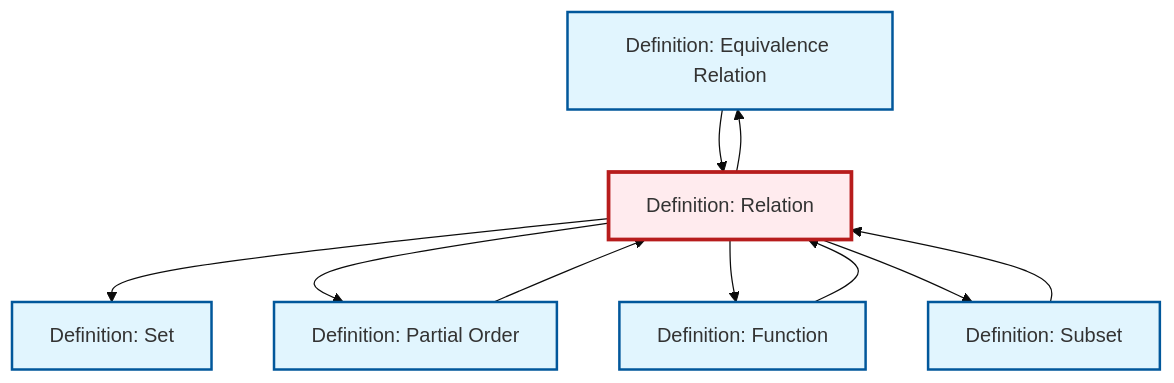
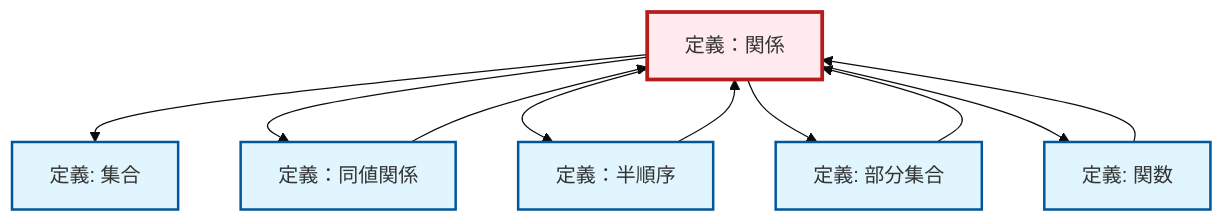
The diagram in content/ja/logic-set-theory/def-relation.qmd (RK0429/ModernMath), drawn with Mermaid (base theme) before and after one commit. The commit also changed 1069 other files, not shown here.

````diff
--- a/content/ja/logic-set-theory/def-relation.qmd
+++ b/content/ja/logic-set-theory/def-relation.qmd
@@ -91,30 +91,30 @@
 ```{mermaid}
 %%| fig-cap: "Local dependency graph"
 graph TD
     classDef definition fill:#e1f5fe,stroke:#01579b,stroke-width:2px
     classDef theorem fill:#f3e5f5,stroke:#4a148c,stroke-width:2px
     classDef axiom fill:#fff3e0,stroke:#e65100,stroke-width:2px
     classDef example fill:#e8f5e9,stroke:#1b5e20,stroke-width:2px
     classDef current fill:#ffebee,stroke:#b71c1c,stroke-width:3px
-    def-set["Definition: Set"]:::definition
-    def-equivalence-relation["Definition: Equivalence Relation"]:::definition
-    def-subset["Definition: Subset"]:::definition
-    def-relation["Definition: Relation"]:::definition
-    def-function["Definition: Function"]:::definition
-    def-partial-order["Definition: Partial Order"]:::definition
+    def-set["定義: 集合"]:::definition
+    def-relation["定義：関係"]:::definition
+    def-function["定義: 関数"]:::definition
+    def-partial-order["定義：半順序"]:::definition
+    def-subset["定義: 部分集合"]:::definition
+    def-equivalence-relation["定義：同値関係"]:::definition
+    def-partial-order --> def-relation
+    def-subset --> def-relation
     def-relation --> def-set
+    def-function --> def-relation
     def-relation --> def-equivalence-relation
-    def-subset --> def-relation
     def-relation --> def-partial-order
+    def-relation --> def-subset
+    def-equivalence-relation --> def-relation
     def-relation --> def-function
-    def-equivalence-relation --> def-relation
-    def-relation --> def-subset
-    def-partial-order --> def-relation
-    def-function --> def-relation
     class def-relation current
-    click def-set "def-set.html" "Definition: Setへ"
-    click def-equivalence-relation "def-equivalence-relation.html" "Definition: Equivalence Relationへ"
-    click def-subset "def-subset.html" "Definition: Subsetへ"
-    click def-function "def-function.html" "Definition: Functionへ"
-    click def-partial-order "def-partial-order.html" "Definition: Partial Orderへ"
+    click def-set "def-set.html" "集合の定義へ"
+    click def-function "def-function.html" "関数の定義へ"
+    click def-partial-order "def-partial-order.html" "定義：半順序へ"
+    click def-subset "def-subset.html" "部分集合の定義へ"
+    click def-equivalence-relation "def-equivalence-relation.html" "定義：同値関係へ"
 ```
````
